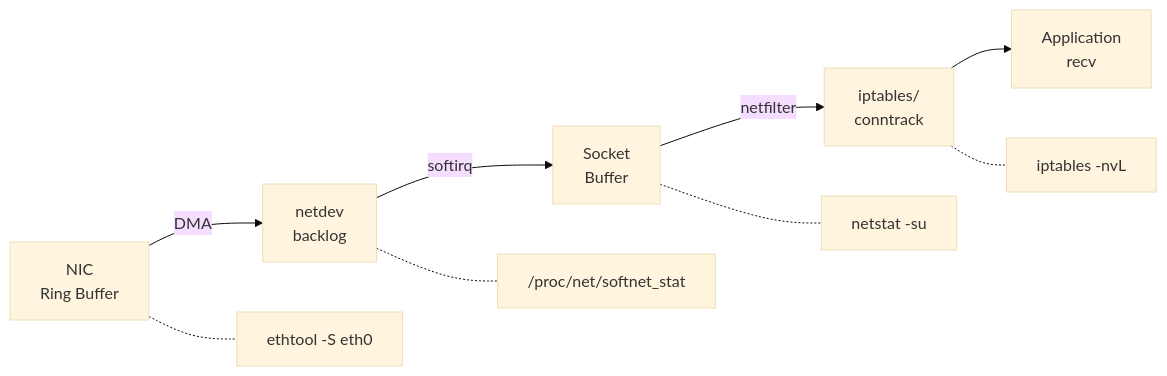
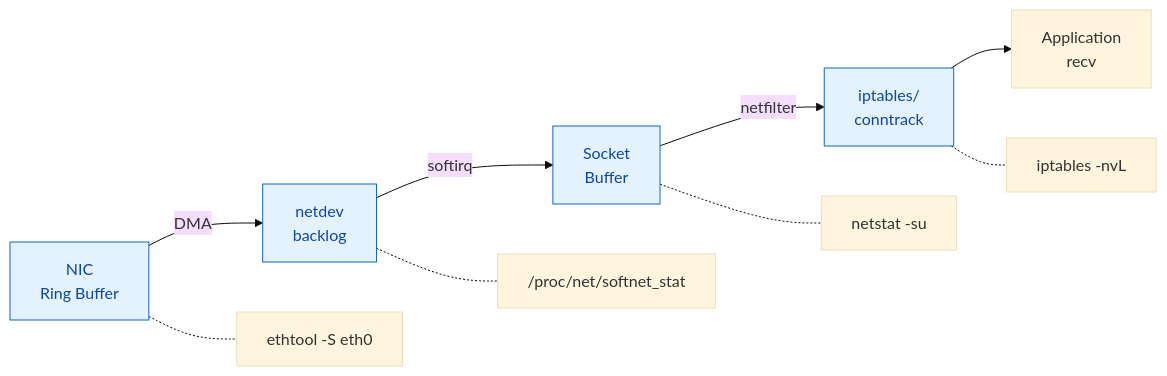
The first of 2 diagrams in content/posts/performance/linux_network_troubleshooting_guide.md (DeguiLiu/tech-notes), drawn with Mermaid (base theme) before and after one commit. The commit also changed other lines of this file and 20 other files, not shown here.

First line of the commit message:
story-docs(blog): de-AI performance posts and color bus diagrams

````diff
--- a/content/posts/performance/linux_network_troubleshooting_guide.md
+++ b/content/posts/performance/linux_network_troubleshooting_guide.md
@@ -38,12 +38,15 @@
 ```mermaid
 graph LR
     A[NIC<br/>Ring Buffer] -->|DMA| B[netdev<br/>backlog]
     B -->|softirq| C[Socket<br/>Buffer]
     C -->|netfilter| D[iptables/<br/>conntrack]
     D --> E[Application<br/>recv]
 
     A -.- A1["ethtool -S eth0"]
     B -.- B1["/proc/net/softnet_stat"]
     C -.- C1["netstat -su"]
     D -.- D1["iptables -nvL"]
+
+    classDef path fill:#e3f2fd,stroke:#1565c0,color:#0d47a1
+    class A,B,C,D path
 ```
````
